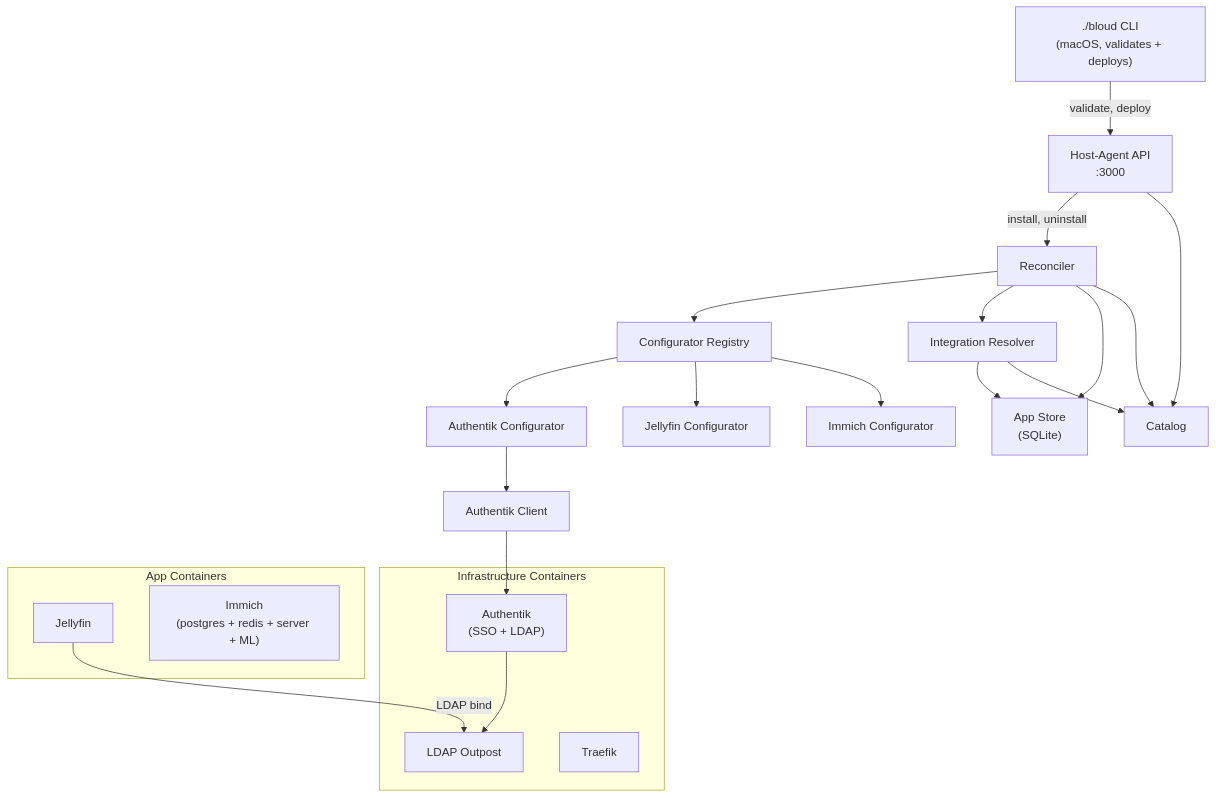
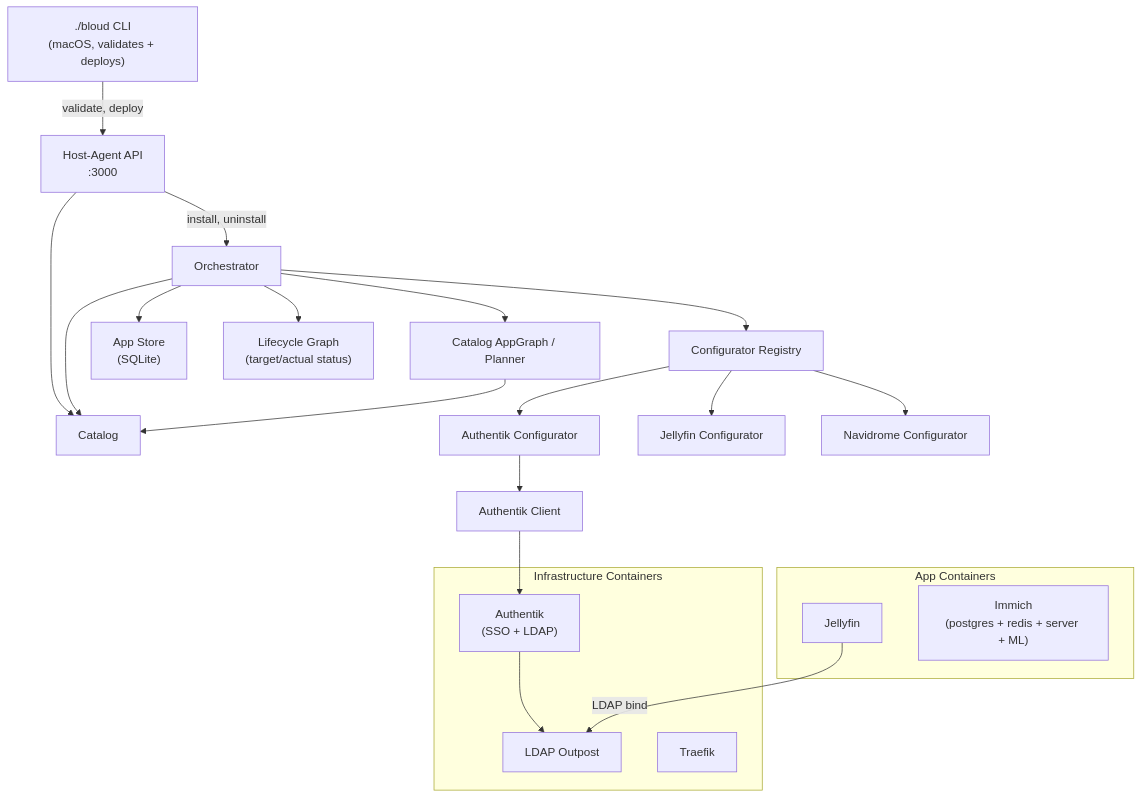
Before and after one commit to d-buckner/bloud: the diagram in docs/portable-runtime-architecture.md, drawn with Mermaid. The commit also changed other lines of this file and 4 other files, not shown here.

First line of the commit message:
docs: refresh stale architecture docs — reconciler→orchestrator, dead code, wiring gaps

````diff
--- a/docs/portable-runtime-architecture.md
+++ b/docs/portable-runtime-architecture.md
@@ -9,43 +14,44 @@
 ```mermaid
 graph TD
     CLI["./bloud CLI<br/>(macOS, validates + deploys)"]
     API["Host-Agent API<br/>:3000"]
     CAT["Catalog"]
-    REC["Reconciler"]
-    INT["Integration Resolver"]
+    ORC["Orchestrator"]
+    PLAN["Catalog AppGraph / Planner"]
     REG["Configurator Registry"]
     AK_CFG["Authentik Configurator"]
     JF_CFG["Jellyfin Configurator"]
-    IM_CFG["Immich Configurator"]
+    NM_CFG["Navidrome Configurator"]
     AK_CLIENT["Authentik Client"]
     STORE["App Store<br/>(SQLite)"]
+    GRAPH["Lifecycle Graph<br/>(target/actual status)"]
 
     CLI -->|validate, deploy| API
-    API -->|install, uninstall| REC
+    API -->|install, uninstall| ORC
     API --> CAT
-    REC --> REG
-    REC --> INT
-    REC --> STORE
-    REC --> CAT
-    INT --> STORE
-    INT --> CAT
+    ORC --> REG
+    ORC --> PLAN
+    ORC --> STORE
+    ORC --> CAT
+    ORC --> GRAPH
+    PLAN --> CAT
     REG --> AK_CFG
     REG --> JF_CFG
-    REG --> IM_CFG
+    REG --> NM_CFG
     AK_CFG --> AK_CLIENT
 
     subgraph "Infrastructure Containers"
         AK["Authentik<br/>(SSO + LDAP)"]
         LDAP["LDAP Outpost"]
         TR["Traefik"]
     end
 
     subgraph "App Containers"
         JF["Jellyfin"]
         IM["Immich<br/>(postgres + redis + server + ML)"]
     end
 
     AK_CLIENT --> AK
     AK --> LDAP
     JF -->|LDAP bind| LDAP
 ```
````
